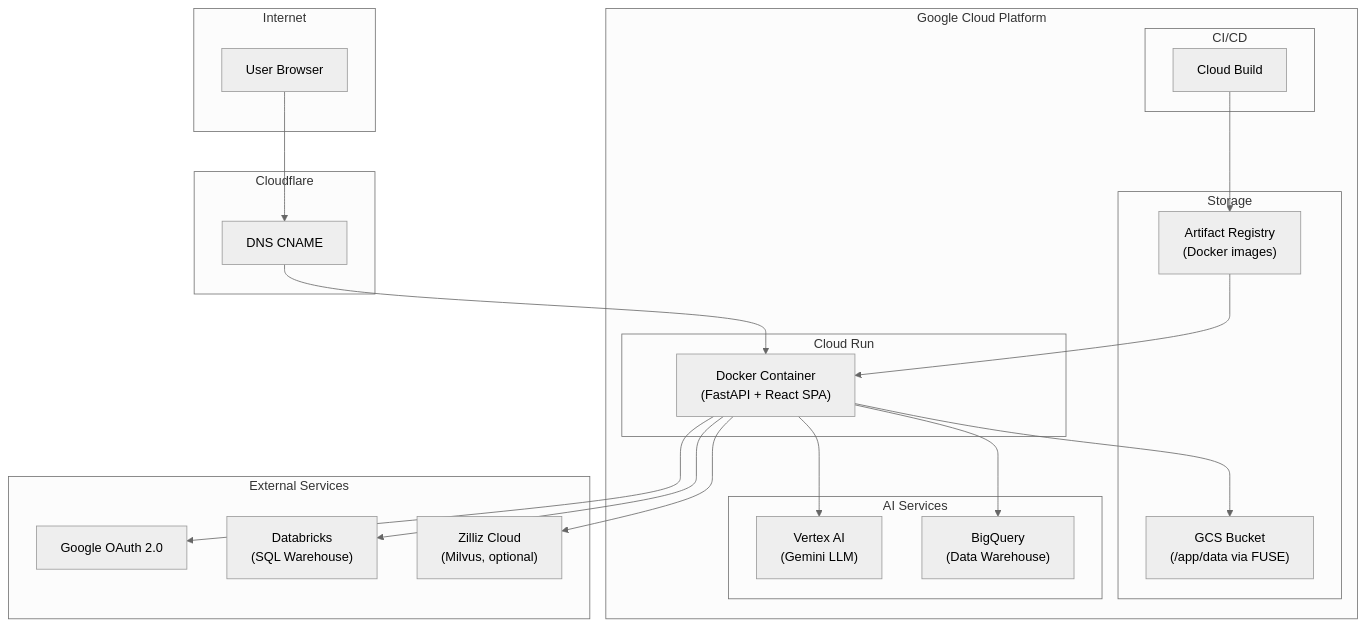
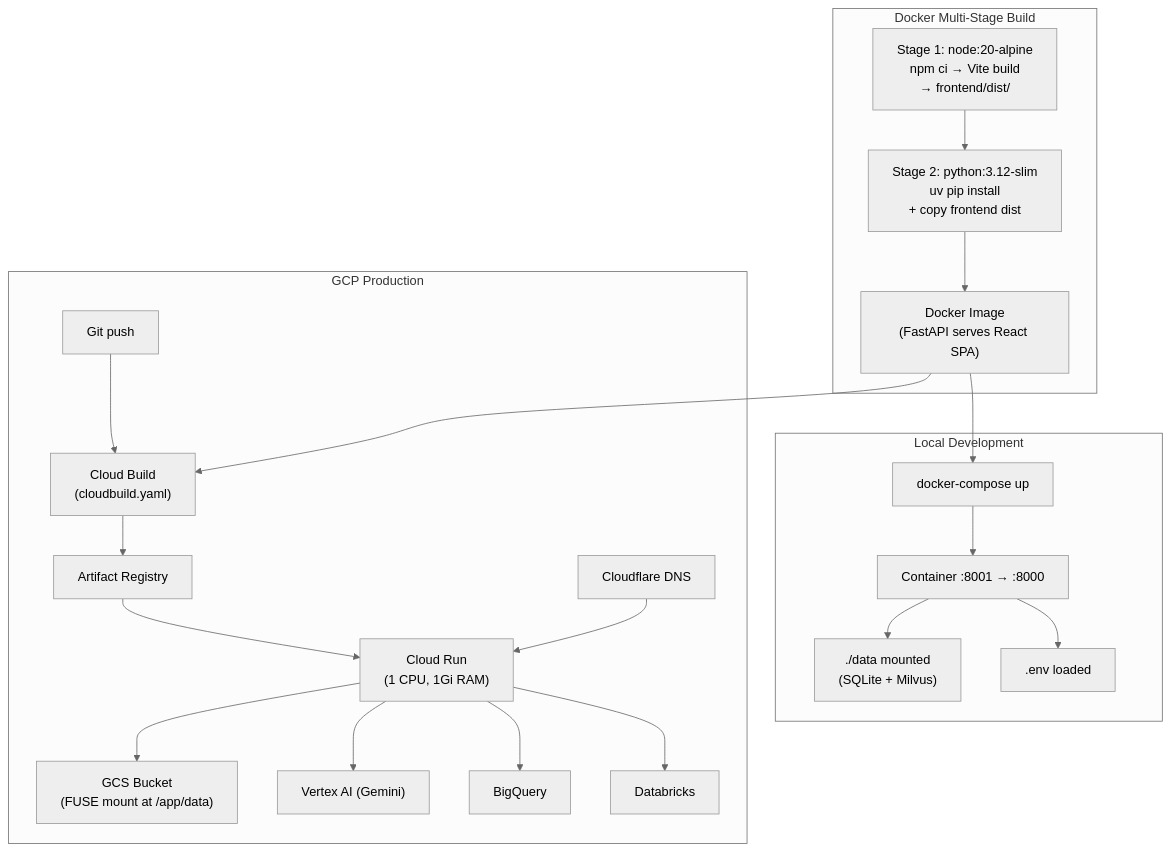
One commit to anduriroshan/Agentic-Boards-Gemini changed the diagram in docs/flowcharts/05-deployment-workflow.md. Above: the diagram before and after it, drawn with Mermaid (neutral theme). The commit also changed other lines of this file and 4 other files, not shown here.

Commit message:
refactor: Simplify and enhance workflow diagrams for overall system, frontend, backend, agentic, and deployment processes

````diff
--- a/docs/flowcharts/05-deployment-workflow.md
+++ b/docs/flowcharts/05-deployment-workflow.md
@@ -181,47 +3,30 @@
 ```mermaid
-flowchart TB
-    subgraph Internet["Internet"]
-        User["User Browser"]
+flowchart TD
+    subgraph Build["Docker Multi-Stage Build"]
+        FE["Stage 1: node:20-alpine<br/>npm ci → Vite build<br/>→ frontend/dist/"]
+        BE["Stage 2: python:3.12-slim<br/>uv pip install<br/>+ copy frontend dist"]
+        FE --> BE
+        BE --> Image["Docker Image<br/>(FastAPI serves React SPA)"]
     end
 
-    subgraph Cloudflare["Cloudflare"]
-        DNS["DNS CNAME"]
+    subgraph Local["Local Development"]
+        Compose["docker-compose up"]
+        Compose --> Container["Container :8001 → :8000"]
+        Container --> Vol1["./data mounted<br/>(SQLite + Milvus)"]
+        Container --> EnvFile[".env loaded"]
     end
 
-    subgraph GCP["Google Cloud Platform"]
-        subgraph CloudRun["Cloud Run"]
-            Container["Docker Container<br/>(FastAPI + React SPA)"]
-        end
-
-        subgraph Storage["Storage"]
-            GCS["GCS Bucket<br/>(/app/data via FUSE)"]
-            AR["Artifact Registry<br/>(Docker images)"]
-        end
-
-        subgraph AI["AI Services"]
-            VertexAI["Vertex AI<br/>(Gemini LLM)"]
-            BQ["BigQuery<br/>(Data Warehouse)"]
-        end
-
-        subgraph Build["CI/CD"]
-            CB["Cloud Build"]
-        end
+    subgraph GCP["GCP Production"]
+        Push["Git push"] --> CloudBuild["Cloud Build<br/>(cloudbuild.yaml)"]
+        CloudBuild --> Registry["Artifact Registry"]
+        Registry --> CloudRun["Cloud Run<br/>(1 CPU, 1Gi RAM)"]
+        CloudRun --> GCS["GCS Bucket<br/>(FUSE mount at /app/data)"]
+        CloudRun --> VertexAI["Vertex AI (Gemini)"]
+        CloudRun --> BQ["BigQuery"]
+        CloudRun --> ExtDB["Databricks"]
+        Cloudflare["Cloudflare DNS"] --> CloudRun
     end
 
-    subgraph External["External Services"]
-        GoogleAuth["Google OAuth 2.0"]
-        DatabricksExt["Databricks<br/>(SQL Warehouse)"]
-        ZillizCloud["Zilliz Cloud<br/>(Milvus, optional)"]
-    end
-
-    User --> DNS
-    DNS --> Container
-    Container --> GCS
-    Container --> VertexAI
-    Container --> BQ
-    Container --> GoogleAuth
-    Container --> DatabricksExt
-    Container --> ZillizCloud
-    CB --> AR
-    AR --> Container
+    Image --> Compose
+    Image --> CloudBuild
 ```
````
